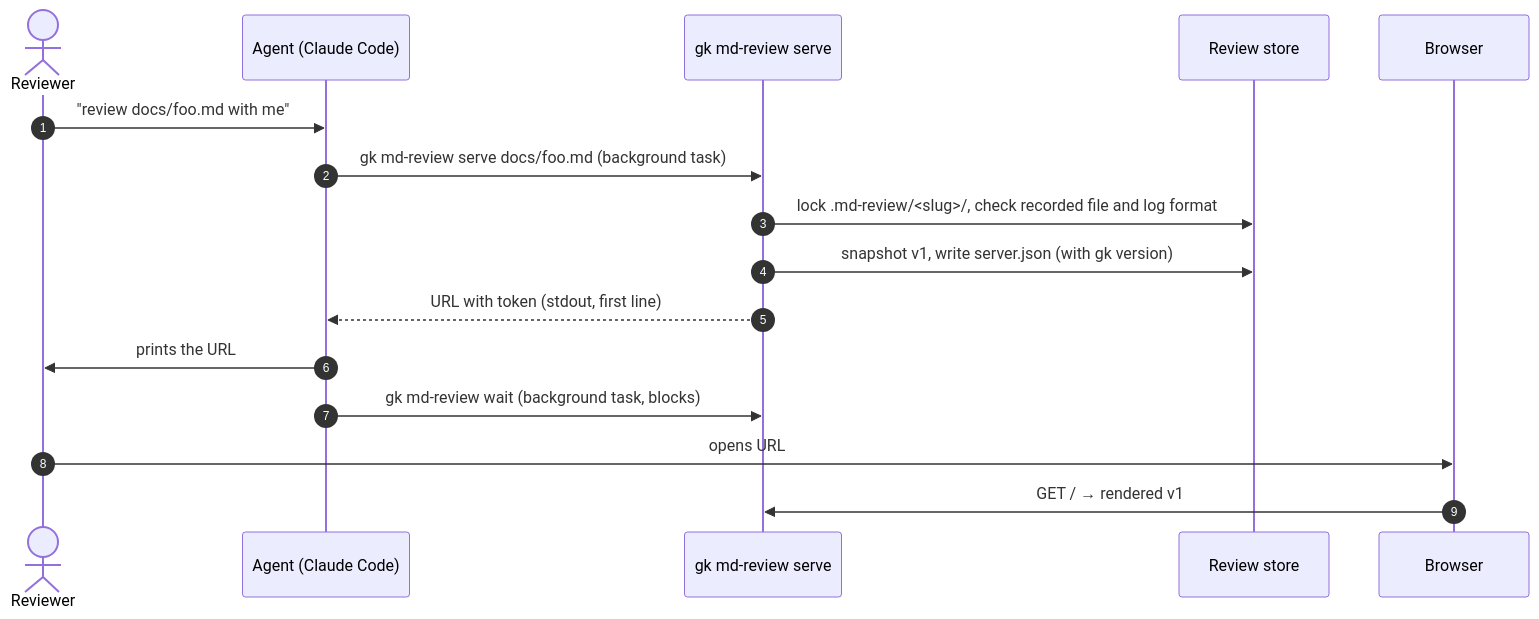
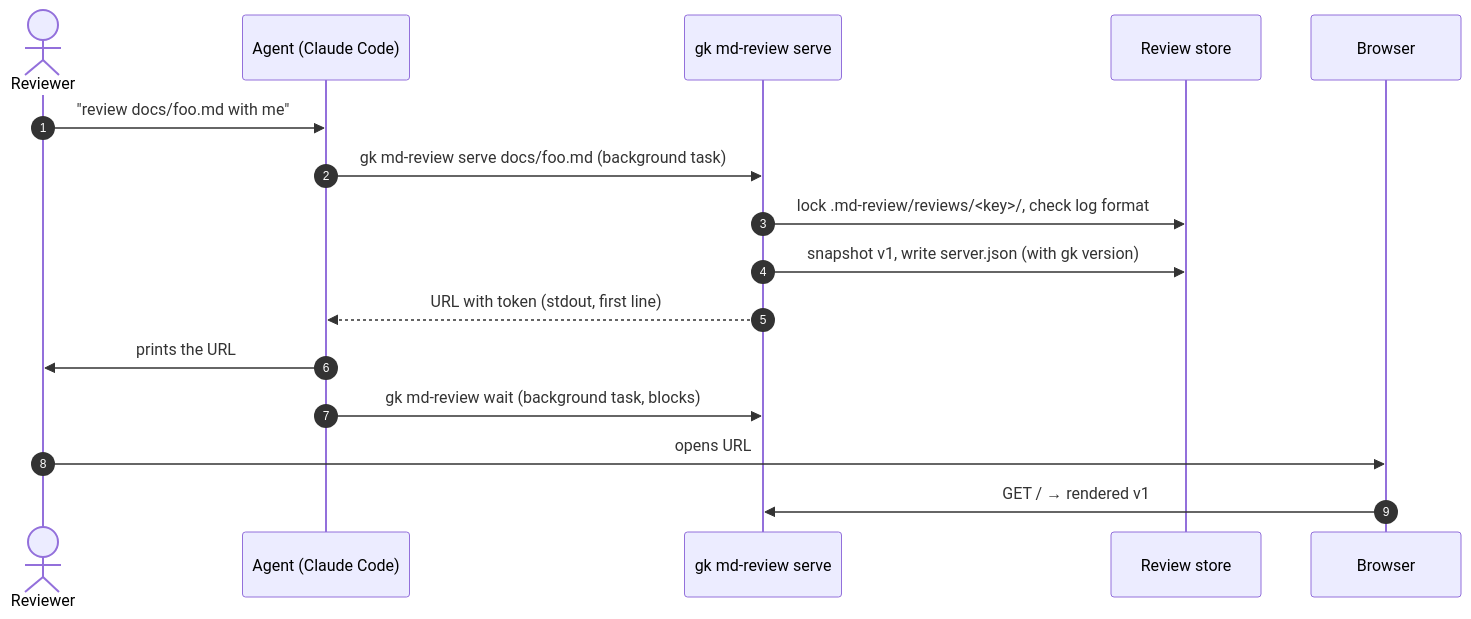
The fourth of 7 diagrams in docs/design/md-review-hld.md (msurkovsky/gist), drawn with Mermaid before and after one commit. The commit also changed other lines of this file and 1 other file, not shown here.

First line of the commit message:
Apply the CEO review decisions to ADR 0014

````diff
--- a/docs/design/md-review-hld.md
+++ b/docs/design/md-review-hld.md
@@ -220,19 +220,19 @@
 ```mermaid
 sequenceDiagram
   autonumber
   actor H as Reviewer
   participant A as Agent (Claude Code)
   participant S as gk md-review serve
   participant FS as Review store
   participant B as Browser
 
   H->>A: "review docs/foo.md with me"
   A->>S: gk md-review serve docs/foo.md (background task)
-  S->>FS: lock .md-review/<slug>/, check recorded file and log format
+  S->>FS: lock .md-review/reviews/<key>/, check log format
   S->>FS: snapshot v1, write server.json (with gk version)
   S-->>A: URL with token (stdout, first line)
   A->>H: prints the URL
   A->>S: gk md-review wait (background task, blocks)
   H->>B: opens URL
   B->>S: GET / → rendered v1
 ```
````
